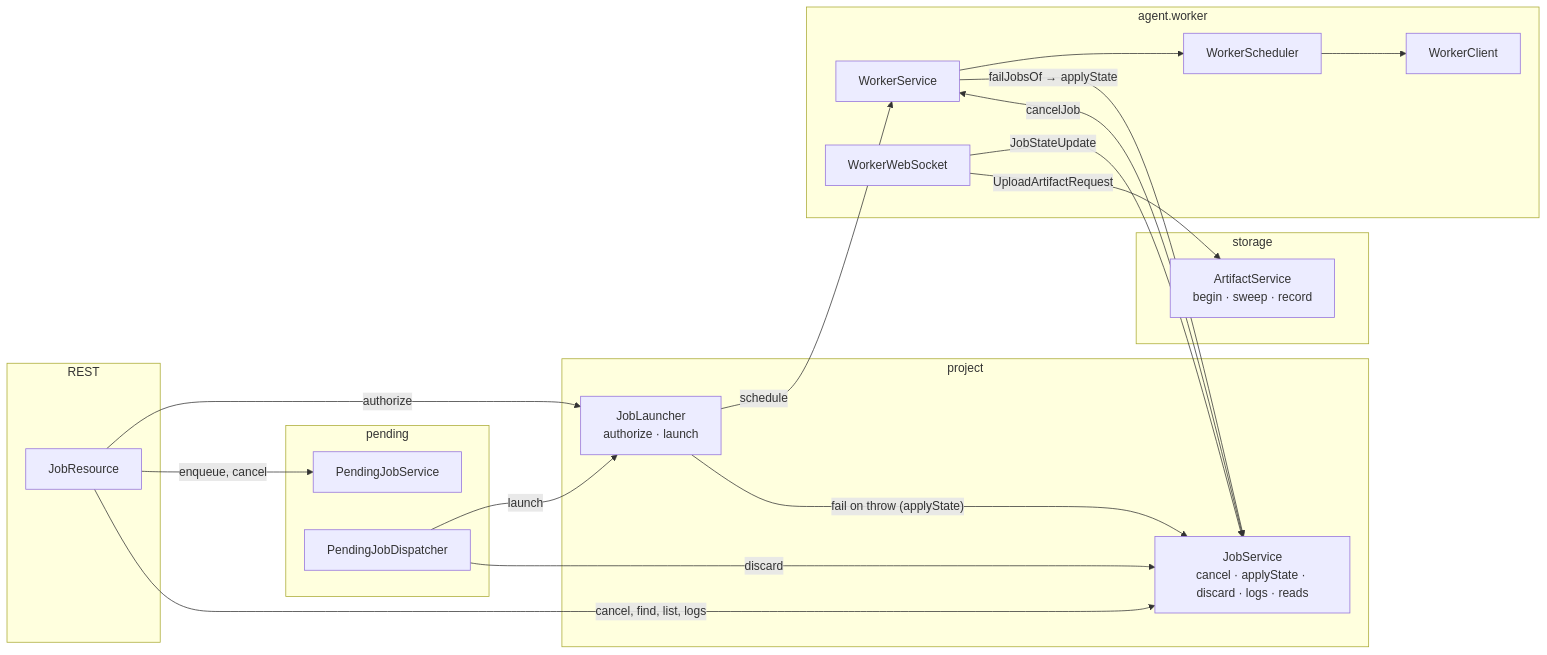
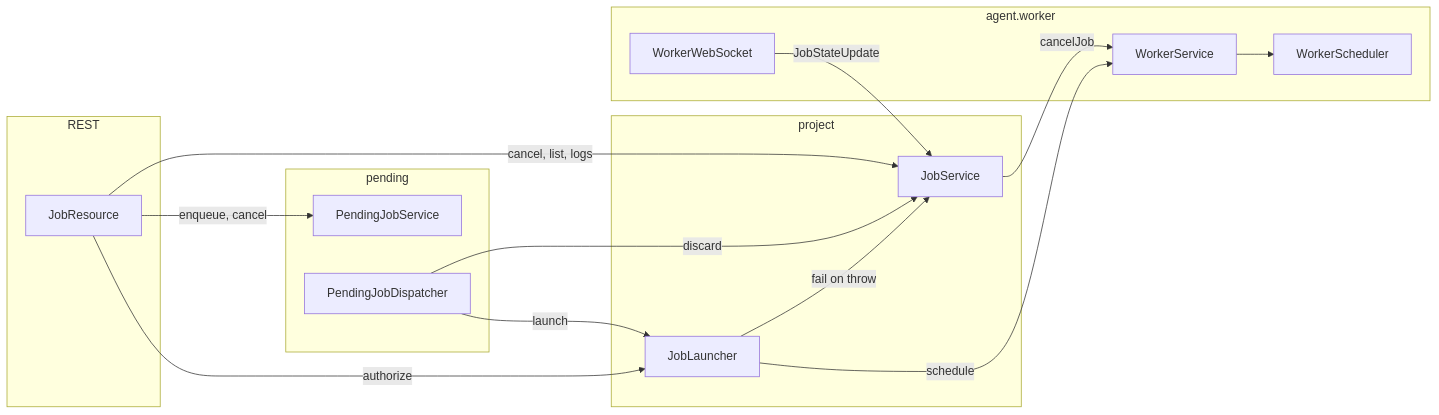
Before and after one commit to iceBear67/prts-central: the first of 3 diagrams in agent-docs/job-lifecycle.md, drawn with Mermaid. The commit also changed other lines of this file and 53 other files, not shown here.

````diff
--- a/agent-docs/job-lifecycle.md
+++ b/agent-docs/job-lifecycle.md
@@ -8,36 +7,30 @@
 ```mermaid
 flowchart LR
-    subgraph http[REST]
+    subgraph REST
         JR[JobResource]
     end
-    subgraph project[project]
-        JL["JobLauncher<br/>authorize · launch"]
-        JS["JobService<br/>cancel · applyState · discard · logs · reads"]
+    subgraph project
+        JL[JobLauncher]
+        JS[JobService]
     end
-    subgraph storage[storage]
-        AUS["ArtifactService<br/>begin · sweep · record"]
-    end
-    subgraph pending[pending]
+    subgraph pending
         PJS[PendingJobService]
         PJD[PendingJobDispatcher]
     end
     subgraph worker[agent.worker]
         WS[WorkerService]
         SCH[WorkerScheduler]
-        WC[WorkerClient]
         WWS[WorkerWebSocket]
     end
 
     JR -->|authorize| JL
     JR -->|enqueue, cancel| PJS
-    JR -->|cancel, find, list, logs| JS
+    JR -->|cancel, list, logs| JS
     PJD -->|launch| JL
     PJD -->|discard| JS
     JL -->|schedule| WS
-    JL -->|"fail on throw (applyState)"| JS
+    JL -->|fail on throw| JS
     JS -->|cancelJob| WS
-    WS --> SCH --> WC
-    WS -->|"failJobsOf → applyState"| JS
+    WS --> SCH
     WWS -->|JobStateUpdate| JS
-    WWS -->|UploadArtifactRequest| AUS
 ```
````
